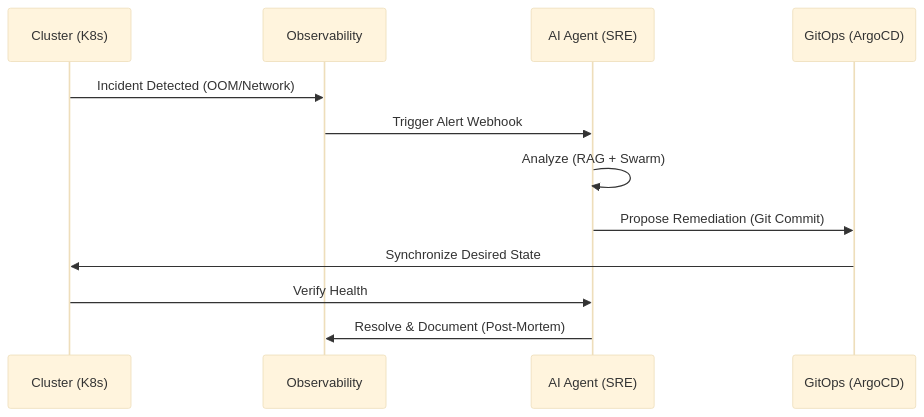
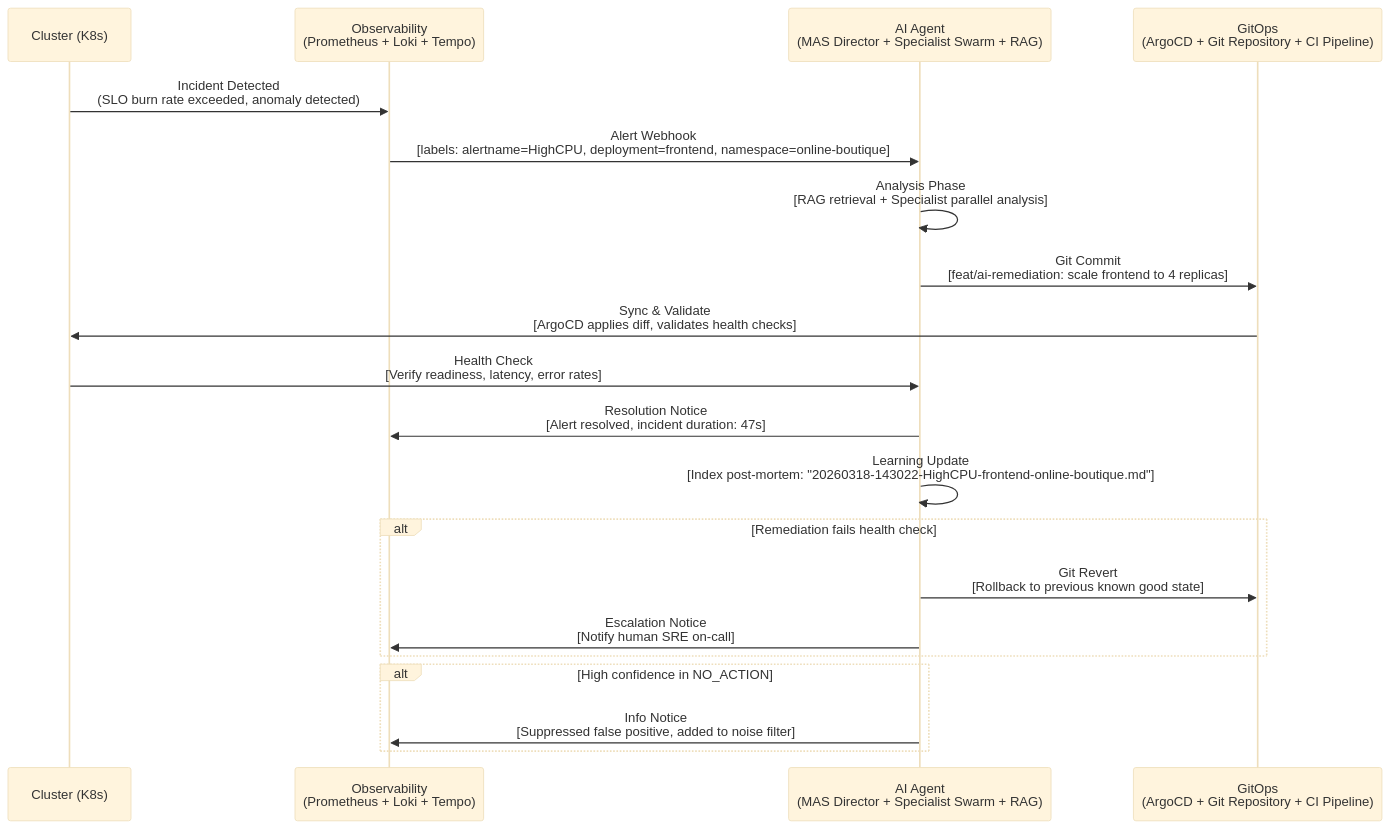
The second of 2 diagrams in docs/reference/ARCHITECTURE.md (fbscotta369/ai4all-sre), drawn with Mermaid (base theme) before and after one commit. The commit also changed other lines of this file and 2 other files, not shown here.

````diff
--- a/docs/reference/ARCHITECTURE.md
+++ b/docs/reference/ARCHITECTURE.md
@@ -54,15 +102,27 @@
 ```mermaid
 sequenceDiagram
     participant C as Cluster (K8s)
-    participant O as Observability
-    participant A as AI Agent (SRE)
-    participant G as GitOps (ArgoCD)
+    participant O as Observability<br/>(Prometheus + Loki + Tempo)
+    participant A as AI Agent<br/>(MAS Director + Specialist Swarm + RAG)
+    participant G as GitOps<br/>(ArgoCD + Git Repository + CI Pipeline)
 
-    C->>O: Incident Detected (OOM/Network)
-    O->>A: Trigger Alert Webhook
-    A->>A: Analyze (RAG + Swarm)
-    A->>G: Propose Remediation (Git Commit)
-    G->>C: Synchronize Desired State
-    C->>A: Verify Health
-    A->>O: Resolve & Document (Post-Mortem)
+    %% Incident detection and response loop
+    C->>O: Incident Detected<br/>(SLO burn rate exceeded, anomaly detected)
+    O->>A: Alert Webhook<br/>[labels: alertname=HighCPU, deployment=frontend, namespace=online-boutique]
+    A->>A: Analysis Phase<br/>[RAG retrieval + Specialist parallel analysis]
+    A->>G: Git Commit<br/>[feat/ai-remediation: scale frontend to 4 replicas]
+    G->>C: Sync & Validate<br/>[ArgoCD applies diff, validates health checks]
+    C->>A: Health Check<br/>[Verify readiness, latency, error rates]
+    A->>O: Resolution Notice<br/>[Alert resolved, incident duration: 47s]
+    A->>A: Learning Update<br/>[Index post-mortem: "20260318-143022-HighCPU-frontend-online-boutique.md"]
+
+    %% Error handling and fallback paths
+    alt Remediation fails health check
+        A->>G: Git Revert<br/>[Rollback to previous known good state]
+        A->>O: Escalation Notice<br/>[Notify human SRE on-call]
+    end
+
+    alt High confidence in NO_ACTION
+        A->>O: Info Notice<br/>[Suppressed false positive, added to noise filter]
+    end
 ```
````
